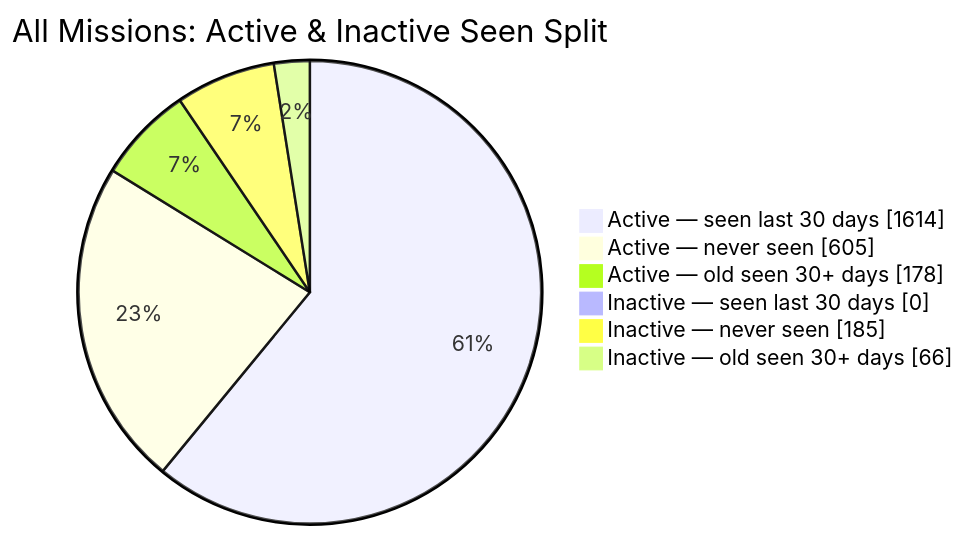
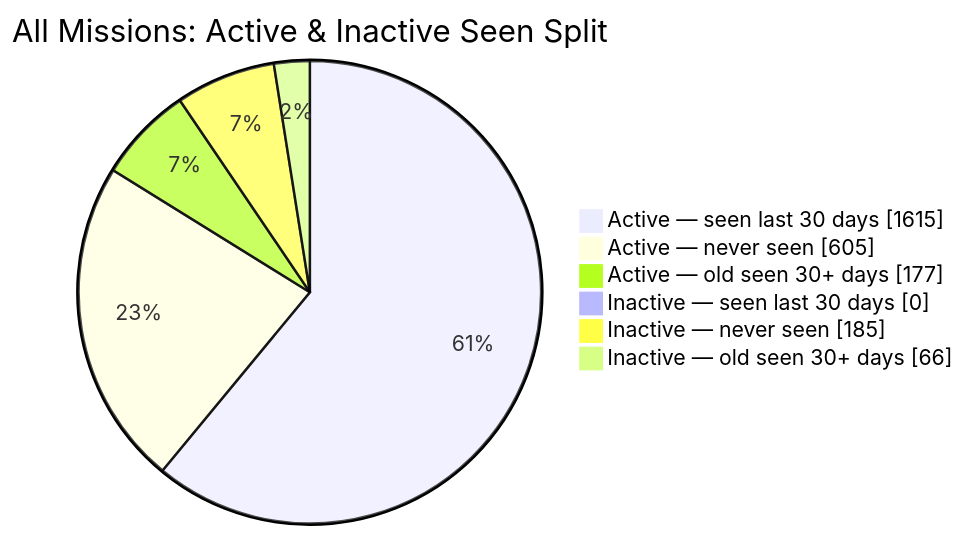
Before and after one commit to MeldkamerspelGameTeam/active-missions: the second of 2 diagrams in README.md, drawn with Mermaid. The commit also changed other lines of this file and 2 other files, not shown here.

````diff
--- a/README.md
+++ b/README.md
@@ -44,10 +44,10 @@
 ```mermaid
 pie showData
     title All Missions: Active & Inactive Seen Split
-    "Active — seen last 30 days" : 1614
+    "Active — seen last 30 days" : 1615
     "Active — never seen" : 605
-    "Active — old seen 30+ days" : 178
+    "Active — old seen 30+ days" : 177
     "Inactive — seen last 30 days" : 0
     "Inactive — never seen" : 185
     "Inactive — old seen 30+ days" : 66
 ```
````
